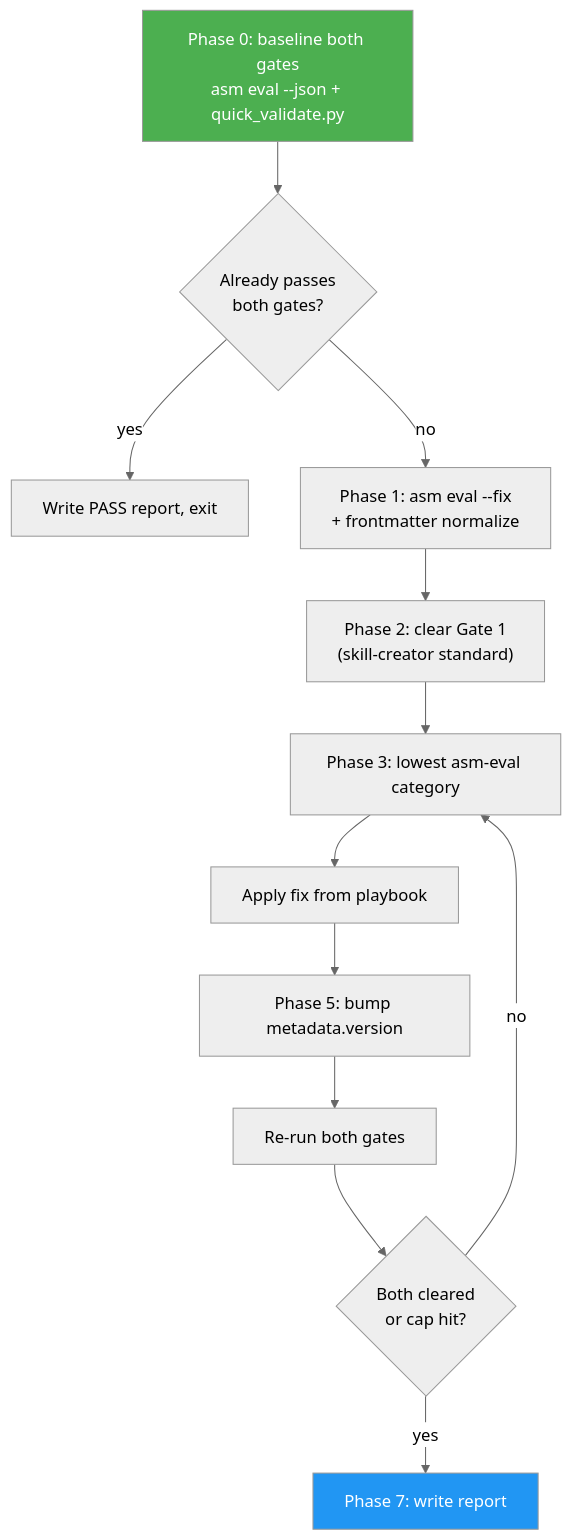
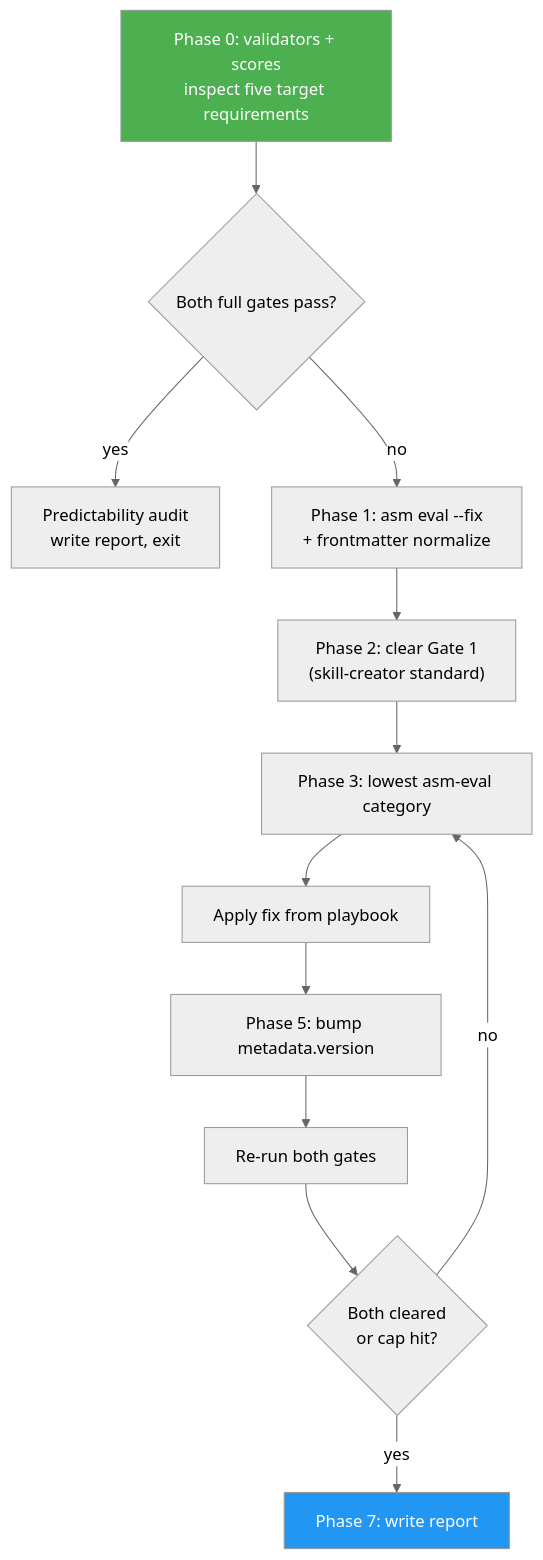
The diagram in skills/skill-auto-improver/docs/README.md (luongnv89/asm), drawn with Mermaid (neutral theme) before and after one commit. The commit also changed other lines of this file and 16 other files, not shown here.

````diff
--- a/skills/skill-auto-improver/docs/README.md
+++ b/skills/skill-auto-improver/docs/README.md
@@ -46,16 +49,16 @@
 ```mermaid
 graph TD
-    A["Phase 0: baseline both gates<br/>asm eval --json + quick_validate.py"] --> B{"Already passes<br/>both gates?"}
-    B -- yes --> R["Write PASS report, exit"]
+    A["Phase 0: validators + scores<br/>inspect five target requirements"] --> B{"Both full gates pass?"}
+    B -- yes --> R["Predictability audit<br/>write report, exit"]
     B -- no --> C["Phase 1: asm eval --fix<br/>+ frontmatter normalize"]
     C --> D["Phase 2: clear Gate 1<br/>(skill-creator standard)"]
     D --> E["Phase 3: lowest asm-eval category"]
     E --> F["Apply fix from playbook"]
     F --> G["Phase 5: bump metadata.version"]
     G --> H["Re-run both gates"]
     H --> I{"Both cleared<br/>or cap hit?"}
     I -- no --> E
     I -- yes --> J["Phase 7: write report"]
     style A fill:#4CAF50,color:#fff
     style J fill:#2196F3,color:#fff
 ```
````
